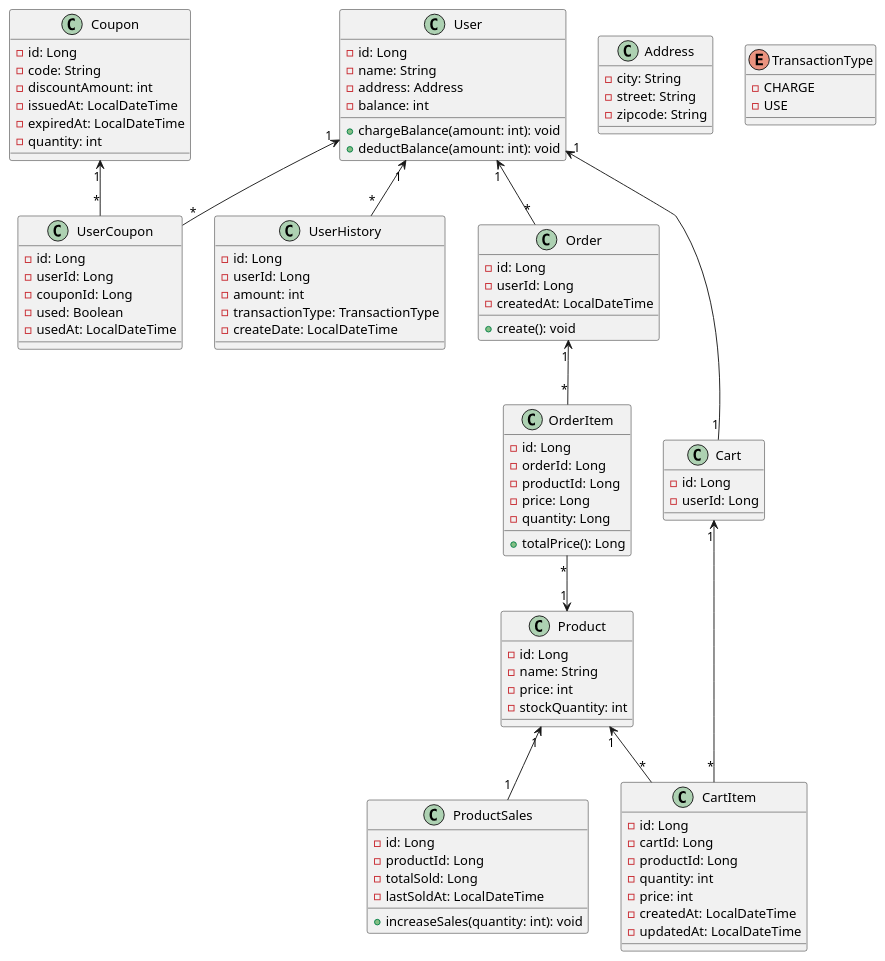
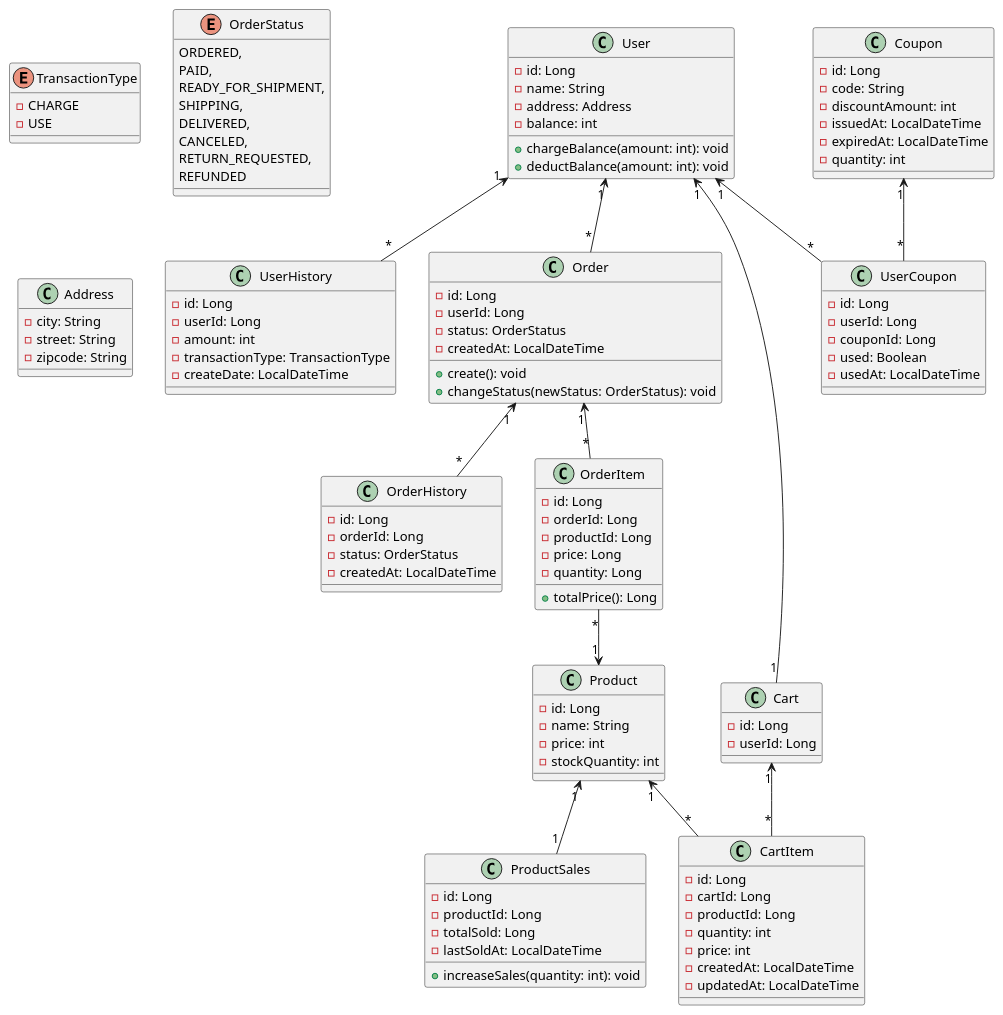
The diagram in docs/erd/erd.puml (honge7694/hdd-server-java), drawn with PlantUML before and after one commit.

Commit message:
ERD 5차 커밋 - Order : status 추가 - OrderHistory 추가 - OrderStatus 추가

```diff
--- a/docs/erd/erd.puml
+++ b/docs/erd/erd.puml
@@ -1,110 +1,131 @@
 @startuml
+
+enum TransactionType {
+    - CHARGE
+    - USE
+}
+
+enum OrderStatus {
+    ORDERED,
+    PAID,
+    READY_FOR_SHIPMENT,
+    SHIPPING,
+    DELIVERED,
+    CANCELED,
+    RETURN_REQUESTED,
+    REFUNDED
+}
 
 class User {
     - id: Long
     - name: String
     - address: Address
     - balance: int
     + chargeBalance(amount: int): void
     + deductBalance(amount: int): void
 }
 
 class UserHistory {
     - id: Long
     - userId: Long
     - amount: int
     - transactionType: TransactionType
     - createDate: LocalDateTime
 }
 
 class Address {
     - city: String
     - street: String
     - zipcode: String
 }
 
-enum TransactionType {
-    - CHARGE
-    - USE
-}
-
 class Coupon {
     - id: Long
     - code: String
     - discountAmount: int
     - issuedAt: LocalDateTime
     - expiredAt: LocalDateTime
     - quantity: int
 }
 
 class UserCoupon {
     - id: Long
     - userId: Long
     - couponId: Long
     - used: Boolean
     - usedAt: LocalDateTime
 }
 
 class Order {
     - id: Long
     - userId: Long
+    - status: OrderStatus
     - createdAt: LocalDateTime
     + create(): void
+    + changeStatus(newStatus: OrderStatus): void
+}
+
+class OrderHistory {
+    - id: Long
+    - orderId: Long
+    - status: OrderStatus
+    - createdAt: LocalDateTime
 }
 
 class OrderItem {
     - id: Long
     - orderId: Long
     - productId: Long
     - price: Long
     - quantity: Long
     + totalPrice(): Long
 }
 
 class Product {
     - id: Long
     - name: String
     - price: int
     - stockQuantity: int
 '    - totalSold: int
 '    + increaseSoldCount(quantity: int): void
 }
 
 ' 판매량을 조회를 위해 분리
 class ProductSales {
     - id: Long
     - productId: Long
     - totalSold: Long
     - lastSoldAt: LocalDateTime
     + increaseSales(quantity: int): void
 }
 
 class Cart {
     - id: Long
     - userId: Long
 }
 
 class CartItem {
     - id: Long
     - cartId: Long
     - productId: Long
     - quantity: int
     - price: int
     - createdAt: LocalDateTime
     - updatedAt: LocalDateTime
 }
 
 ' 관계 정의
 User "1" <-- "*" UserHistory
 User "1" <-- "*" UserCoupon
 Coupon "1" <-- "*" UserCoupon
 User "1" <-- "*" Order
 Order "1" <-- "*" OrderItem
 OrderItem "*" --> "1" Product
+Order "1" <-- "*" OrderHistory
 Product "1" <-- "1" ProductSales
 User "1" <-- "1" Cart
 Cart "1" <-- "*" CartItem
 Product "1" <-- "*" CartItem
 
 
 @enduml
```
